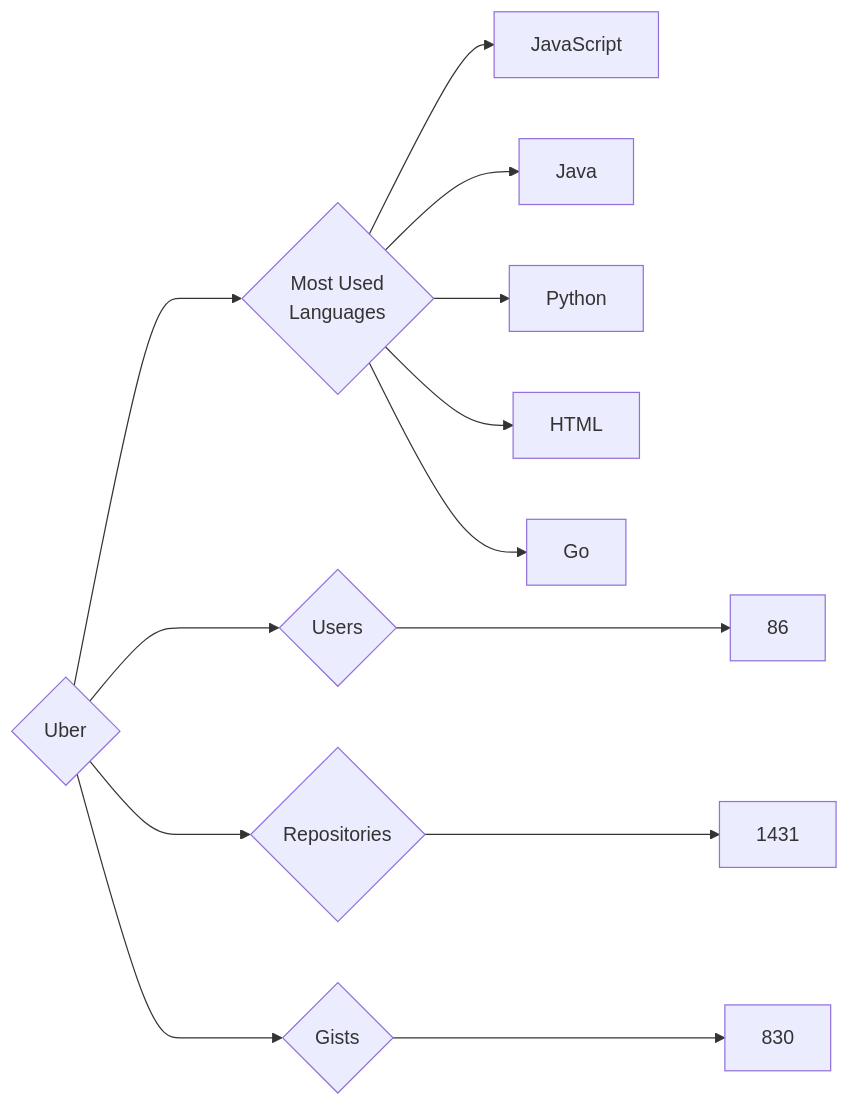
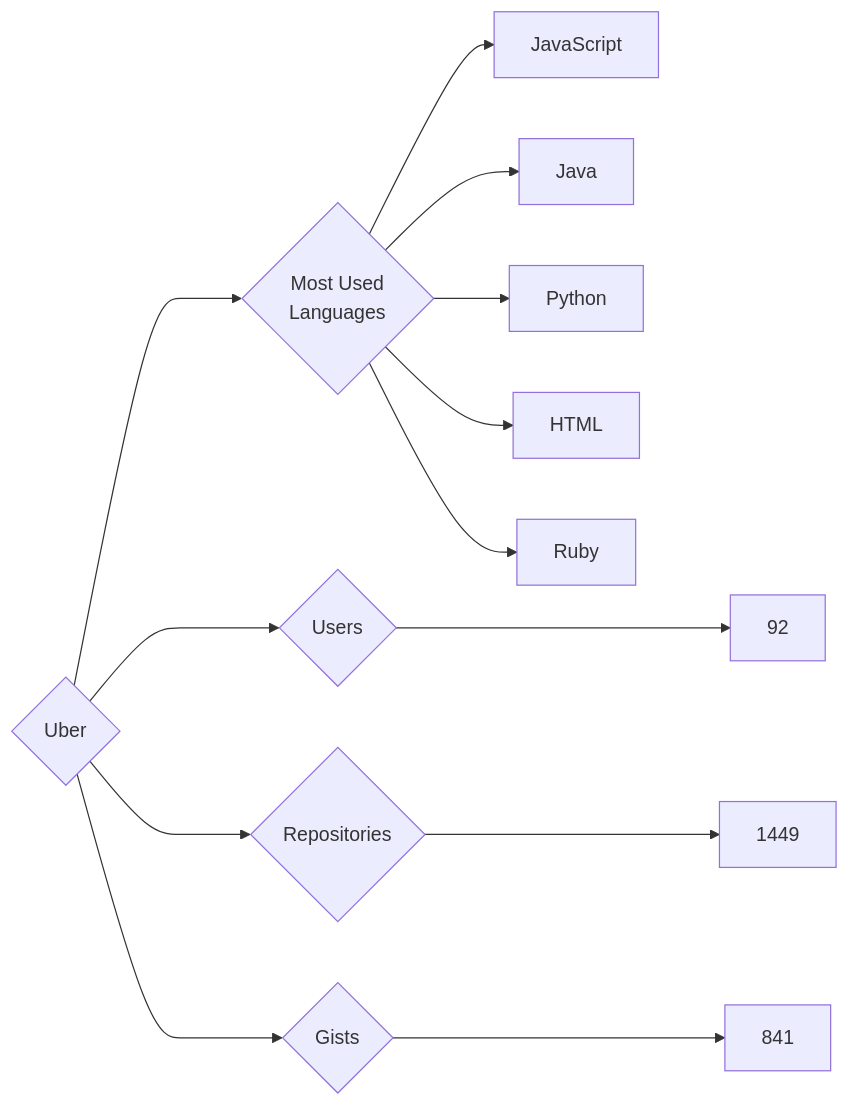
Before and after one commit to trickest/insiders: the diagram in targets/Uber/README.md, drawn with Mermaid. The commit also changed 839 other files, not shown here.

````diff
--- a/targets/Uber/README.md
+++ b/targets/Uber/README.md
@@ -3,13 +3,13 @@
 ```mermaid
 graph LR
 COMPANY_NAME{Uber}
-COMPANY_NAME ---> U{Users} ---> UN[86]
-COMPANY_NAME ---> R{Repositories} ---> RN[1431]
-COMPANY_NAME ---> G{Gists} ---> GN[830]
+COMPANY_NAME ---> U{Users} ---> UN[92]
+COMPANY_NAME ---> R{Repositories} ---> RN[1449]
+COMPANY_NAME ---> G{Gists} ---> GN[841]
 COMPANY_NAME ---> ML{Most Used<br>Languages}
 ML --> JavaScript[JavaScript]
 ML --> Java[Java]
 ML --> Python[Python]
 ML --> HTML[HTML]
-ML --> Go[Go]
+ML --> Ruby[Ruby]
 ```
````
